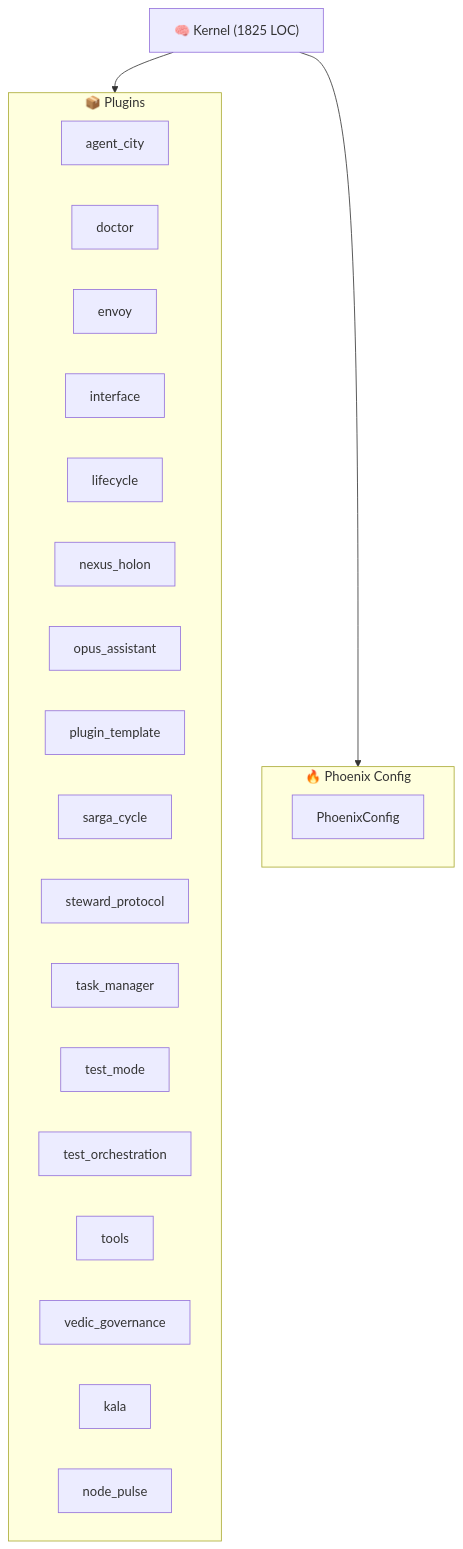
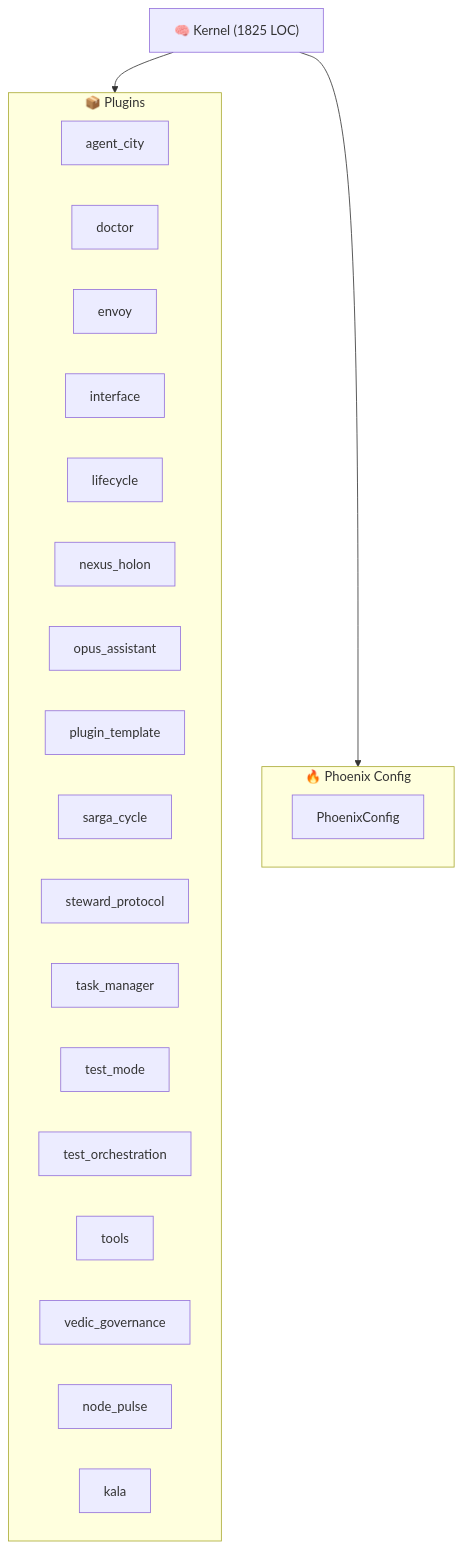
The diagram in ARCHITECTURE.md (kimeisele/steward-protocol), drawn with Mermaid before and after one commit. The commit also changed other lines of this file and 16 other files, not shown here.

````diff
--- a/ARCHITECTURE.md
+++ b/ARCHITECTURE.md
@@ -8,28 +8,28 @@
 ```mermaid
 graph TB
     K["🧠 Kernel (1825 LOC)"]
     subgraph Plugins["📦 Plugins"]
         P_agent_city["agent_city"]
         P_doctor["doctor"]
         P_envoy["envoy"]
         P_interface["interface"]
         P_lifecycle["lifecycle"]
         P_nexus_holon["nexus_holon"]
         P_opus_assistant["opus_assistant"]
         P_plugin_template["plugin_template"]
         P_sarga_cycle["sarga_cycle"]
         P_steward_protocol["steward_protocol"]
         P_task_manager["task_manager"]
         P_test_mode["test_mode"]
         P_test_orchestration["test_orchestration"]
         P_tools["tools"]
         P_vedic_governance["vedic_governance"]
+        P_node_pulse["node_pulse"]
         P_kala["kala"]
-        P_node_pulse["node_pulse"]
     end
     K --> Plugins
     subgraph Config["🔥 Phoenix Config"]
         PC[PhoenixConfig]
     end
     K --> Config
 ```
````
